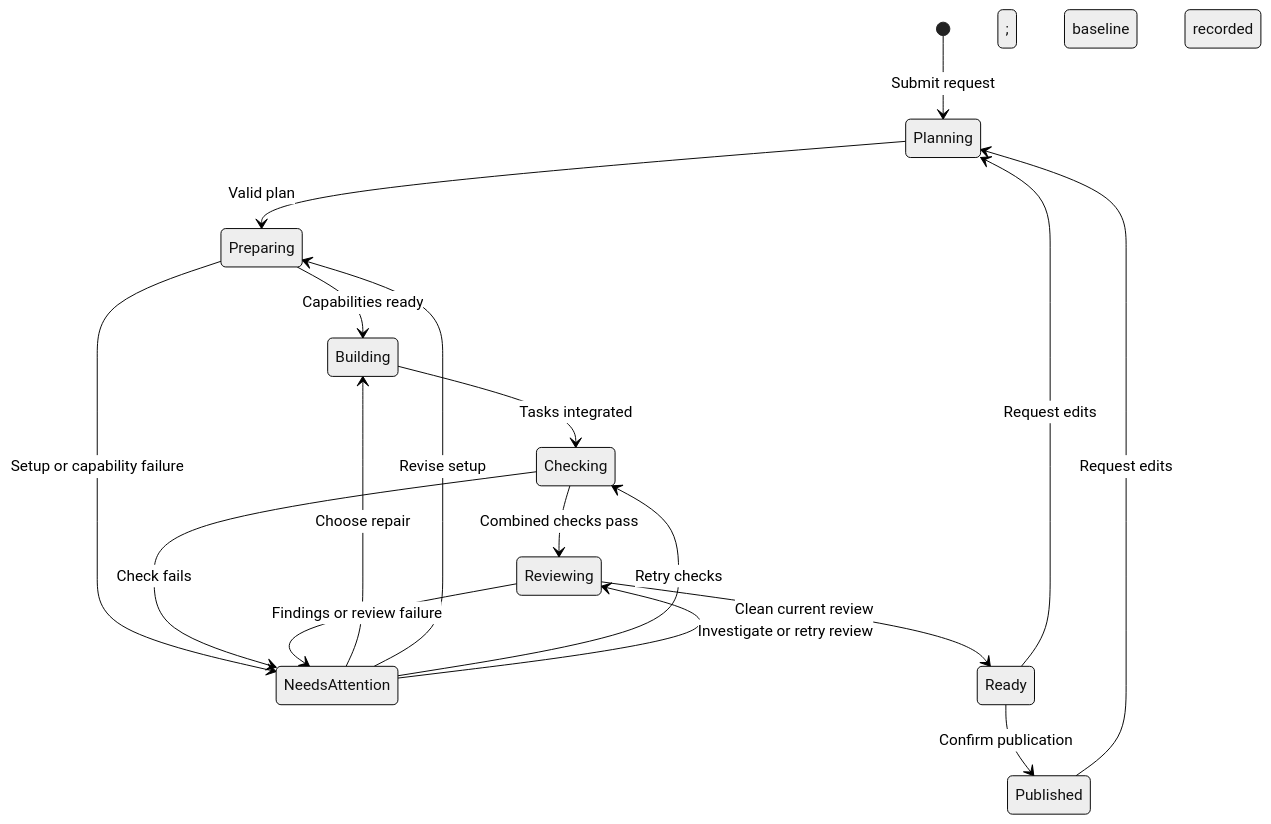
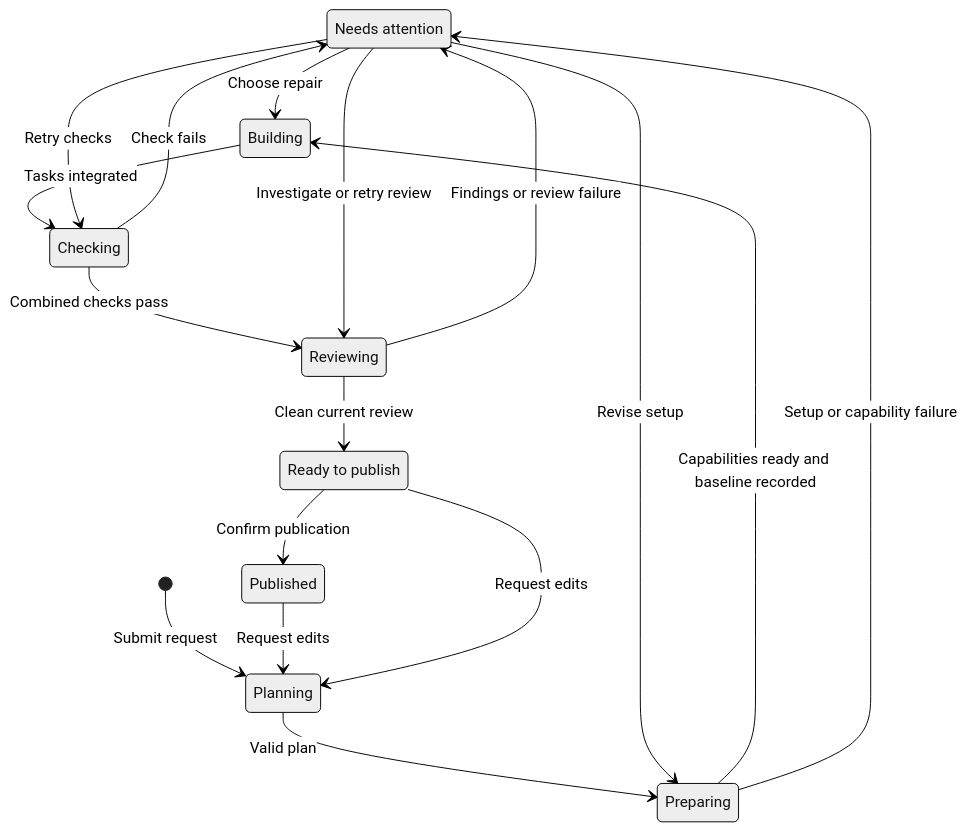
Before and after one commit to minimumeffort-dev/sprowt.harness: the second of 2 diagrams in docs/architecture.md, drawn with Mermaid (neutral theme). The commit also changed other lines of this file and 15 other files, not shown here.

````diff
--- a/docs/architecture.md
+++ b/docs/architecture.md
@@ -54,19 +58,21 @@
 ```mermaid
 stateDiagram-v2
+    state "Needs attention" as NeedsAttention
+    state "Ready to publish" as Ready
     [*] --> Planning: Submit request
     Planning --> Preparing: Valid plan
-    Preparing --> Building: Capabilities ready; baseline recorded
+    Preparing --> Building: Capabilities ready and baseline recorded
     Preparing --> NeedsAttention: Setup or capability failure
     Building --> Checking: Tasks integrated
     Checking --> Reviewing: Combined checks pass
     Checking --> NeedsAttention: Check fails
     Reviewing --> Ready: Clean current review
     Reviewing --> NeedsAttention: Findings or review failure
     NeedsAttention --> Building: Choose repair
     NeedsAttention --> Preparing: Revise setup
     NeedsAttention --> Checking: Retry checks
     NeedsAttention --> Reviewing: Investigate or retry review
     Ready --> Published: Confirm publication
     Published --> Planning: Request edits
     Ready --> Planning: Request edits
 ```
````
